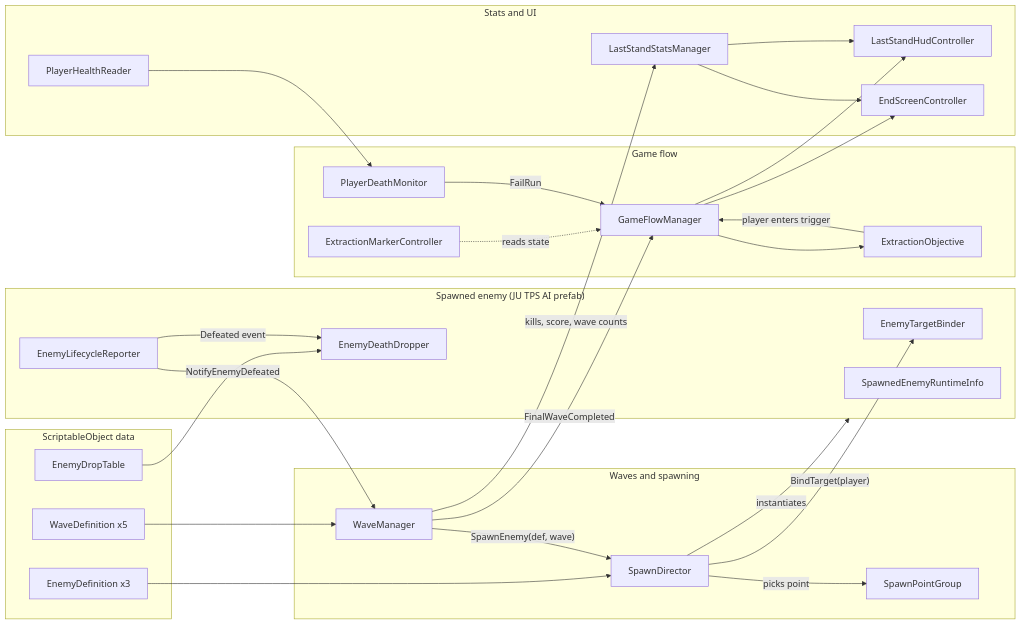
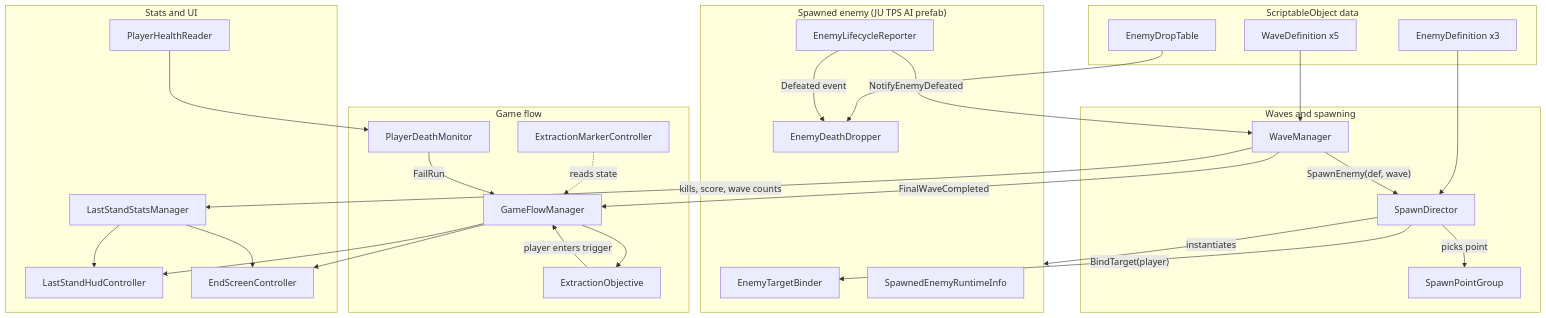
Before and after one commit to cpg25ncu/unity-game-last-stand: the first of 3 diagrams in Docs/ARCHITECTURE.md, drawn with Mermaid.

Commit message:
docs(architecture): lay out system map top to bottom

````diff
--- a/Docs/ARCHITECTURE.md
+++ b/Docs/ARCHITECTURE.md
@@ -29,56 +29,56 @@
 ```mermaid
-flowchart LR
+flowchart TB
     subgraph Data["ScriptableObject data"]
         WD[WaveDefinition x5]
         ED[EnemyDefinition x3]
         DT[EnemyDropTable]
     end
 
     subgraph Flow["Game flow"]
         GFM[GameFlowManager]
         PDM[PlayerDeathMonitor]
         EXO[ExtractionObjective]
         EXM[ExtractionMarkerController]
     end
 
     subgraph Waves["Waves and spawning"]
         WM[WaveManager]
         SD[SpawnDirector]
         SPG[SpawnPointGroup]
     end
 
     subgraph Enemy["Spawned enemy (JU TPS AI prefab)"]
         ETB[EnemyTargetBinder]
         ELR[EnemyLifecycleReporter]
         EDD[EnemyDeathDropper]
         RTI[SpawnedEnemyRuntimeInfo]
     end
 
     subgraph UI["Stats and UI"]
         SM[LastStandStatsManager]
         HUD[LastStandHudController]
         END[EndScreenController]
         PHR[PlayerHealthReader]
     end
 
     WD --> WM
     ED --> SD
     DT --> EDD
     WM -- "SpawnEnemy(def, wave)" --> SD
     SD -- picks point --> SPG
     SD -- instantiates --> Enemy
     SD -- "BindTarget(player)" --> ETB
     ELR -- Defeated event --> EDD
     ELR -- NotifyEnemyDefeated --> WM
     WM -- kills, score, wave counts --> SM
     WM -- FinalWaveCompleted --> GFM
     GFM --> EXO
     EXO -- player enters trigger --> GFM
     EXM -. reads state .-> GFM
     PHR --> PDM
     PDM -- FailRun --> GFM
     SM --> HUD
     GFM --> HUD
     GFM --> END
     SM --> END
 ```
````
